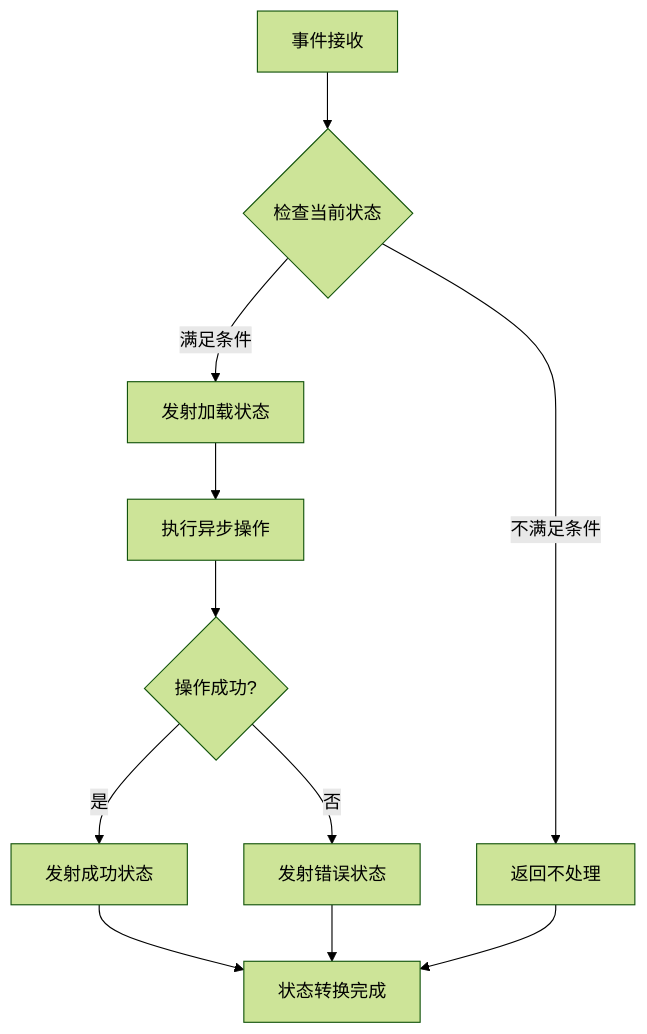
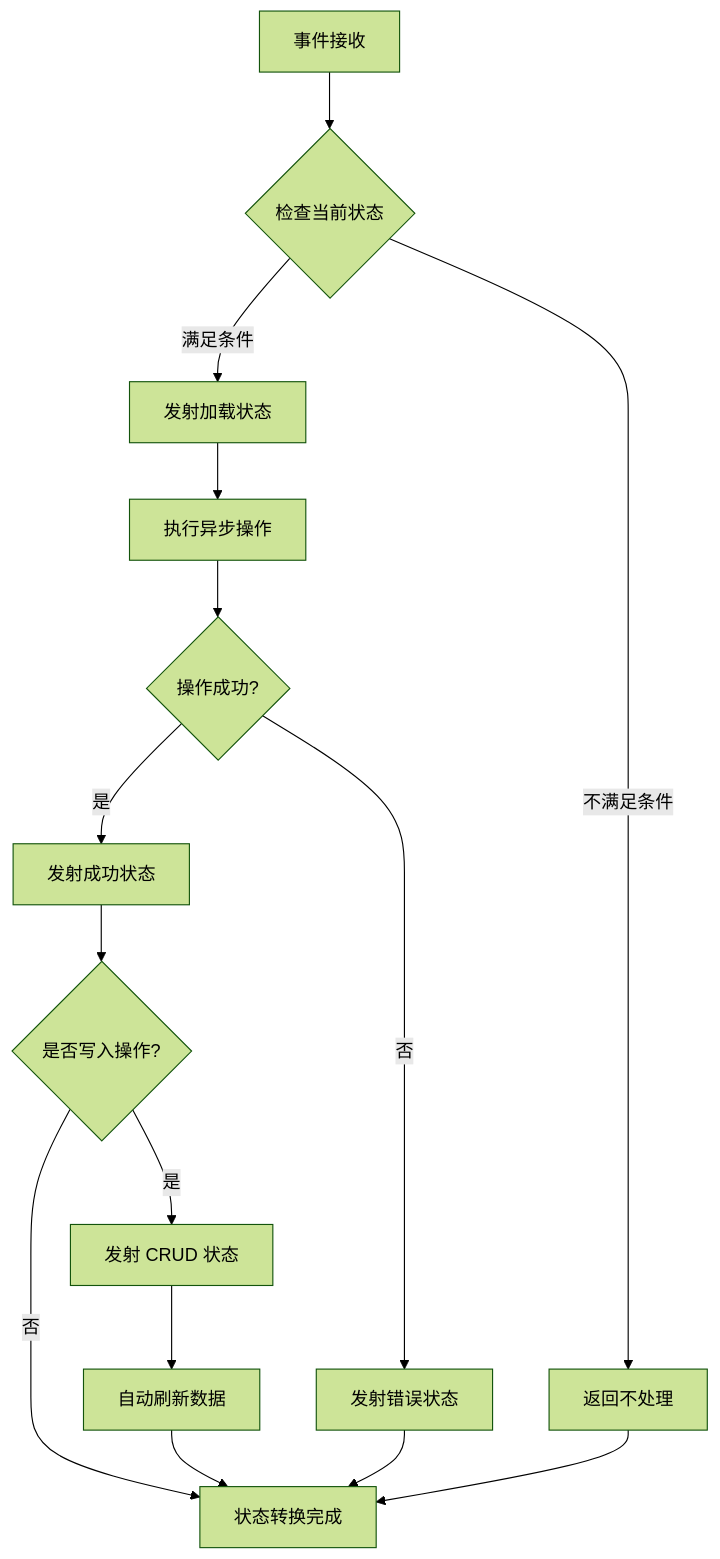
One commit to kongpf8848/objectbox_viewer changed the sixth of 18 diagrams in .qoder/repowiki/zh/content/架构设计/状态管理设计.md. Above: the diagram before and after it, drawn with Mermaid (forest theme). The commit also changed other lines of this file and 19 other files, not shown here.

````diff
--- a/.qoder/repowiki/zh/content/架构设计/状态管理设计.md
+++ b/.qoder/repowiki/zh/content/架构设计/状态管理设计.md
@@ -263,13 +294,17 @@
 ```mermaid
 flowchart TD
 START[事件接收] --> CHECK_STATE{检查当前状态}
 CHECK_STATE --> |不满足条件| RETURN[返回不处理]
 CHECK_STATE --> |满足条件| EMIT_LOADING[发射加载状态]
 EMIT_LOADING --> EXECUTE[执行异步操作]
 EXECUTE --> SUCCESS{操作成功?}
 SUCCESS --> |是| EMIT_SUCCESS[发射成功状态]
 SUCCESS --> |否| EMIT_ERROR[发射错误状态]
-EMIT_SUCCESS --> END[状态转换完成]
+EMIT_SUCCESS --> CHECK_WRITING{是否写入操作?}
+CHECK_WRITING --> |是| EMIT_CRUD[发射 CRUD 状态]
+CHECK_WRITING --> |否| END[状态转换完成]
+EMIT_CRUD --> AUTO_REFRESH[自动刷新数据]
+AUTO_REFRESH --> END
 EMIT_ERROR --> END
 RETURN --> END
 ```
````
